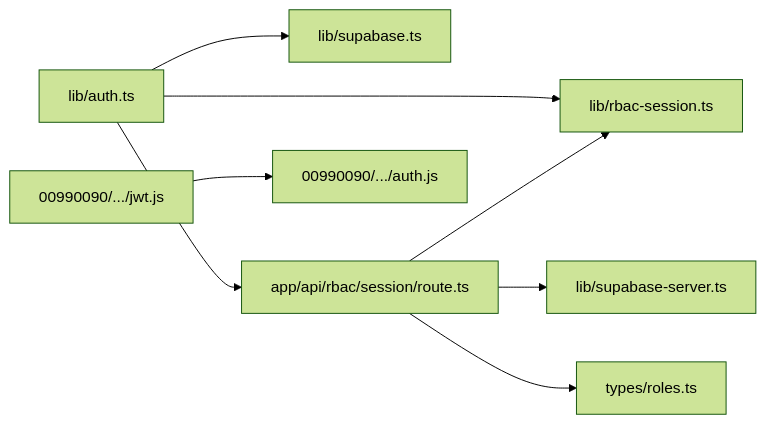
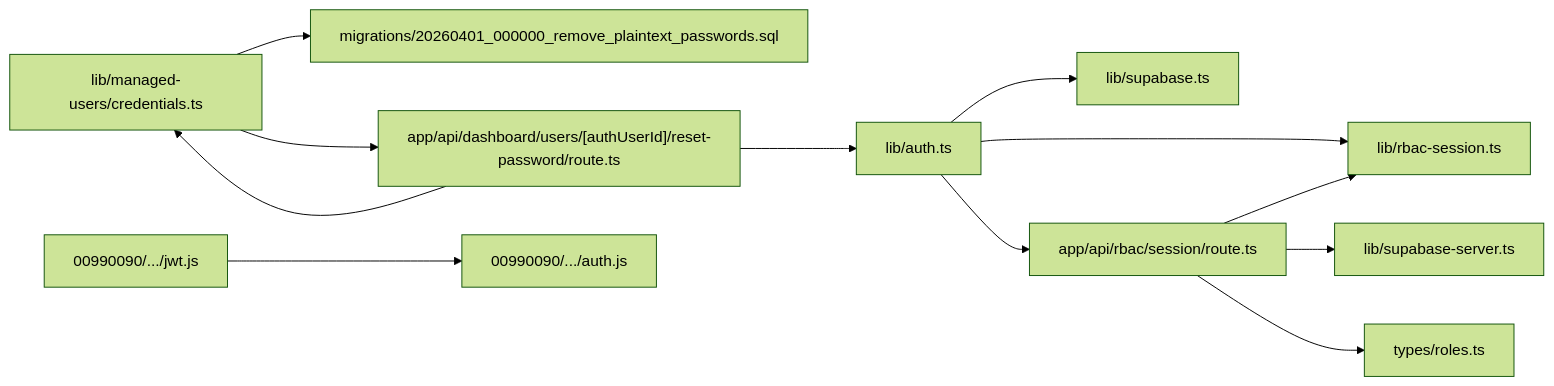
The ninth of 9 diagrams in .qoder/repowiki/en/content/Security Implementation/Authentication Security.md (mustafaalkusaj/appschoolmustafa2002), drawn with Mermaid (forest theme) before and after one commit. The commit also changed other lines of this file and 8 other files, not shown here.

````diff
--- a/.qoder/repowiki/en/content/Security Implementation/Authentication Security.md
+++ b/.qoder/repowiki/en/content/Security Implementation/Authentication Security.md
@@ -310,10 +457,14 @@
 ```mermaid
 graph LR
 AUTH["lib/auth.ts"] --> SB["lib/supabase.ts"]
 AUTH --> RBAC["lib/rbac-session.ts"]
 AUTH --> API["app/api/rbac/session/route.ts"]
 API --> SRV["lib/supabase-server.ts"]
 API --> RBAC
 API --> ROLE["types/roles.ts"]
+MCRED["lib/managed-users/credentials.ts"] --> MIG["migrations/20260401_000000_remove_plaintext_passwords.sql"]
+MCRED --> RESET["app/api/dashboard/users/[authUserId]/reset-password/route.ts"]
+RESET --> AUTH
+RESET --> MCRED
 LEGJWT["00990090/.../jwt.js"] --> LEGMW["00990090/.../auth.js"]
 ```
````
